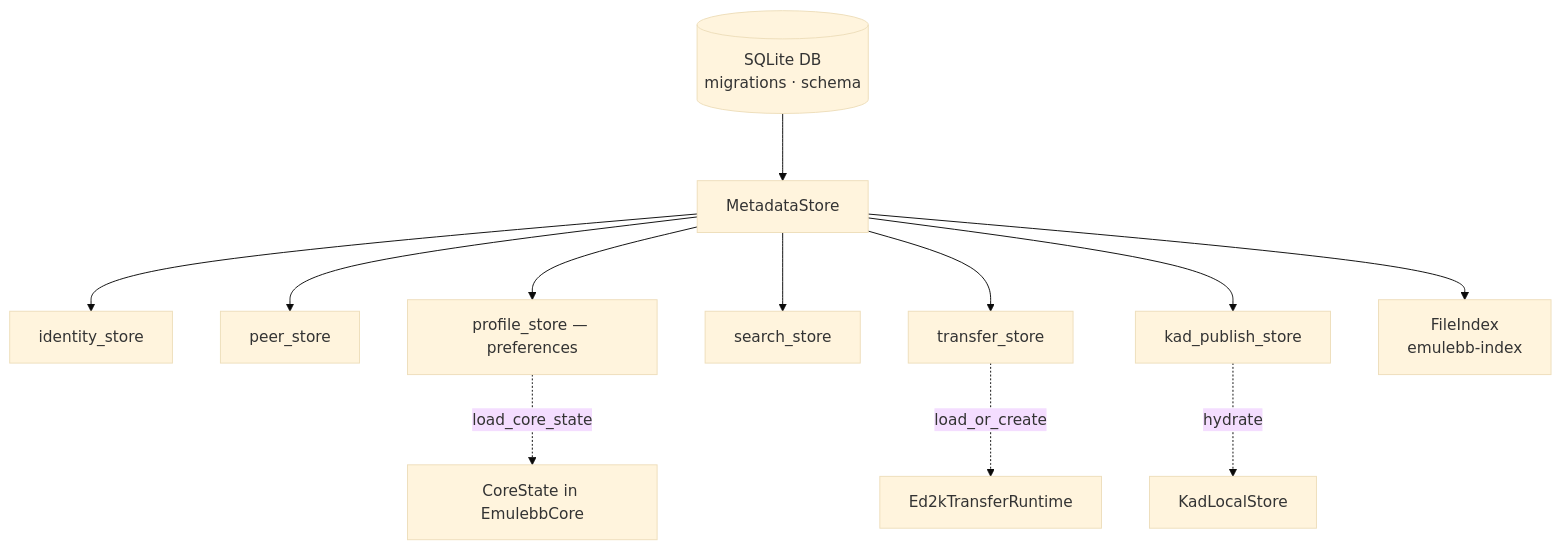
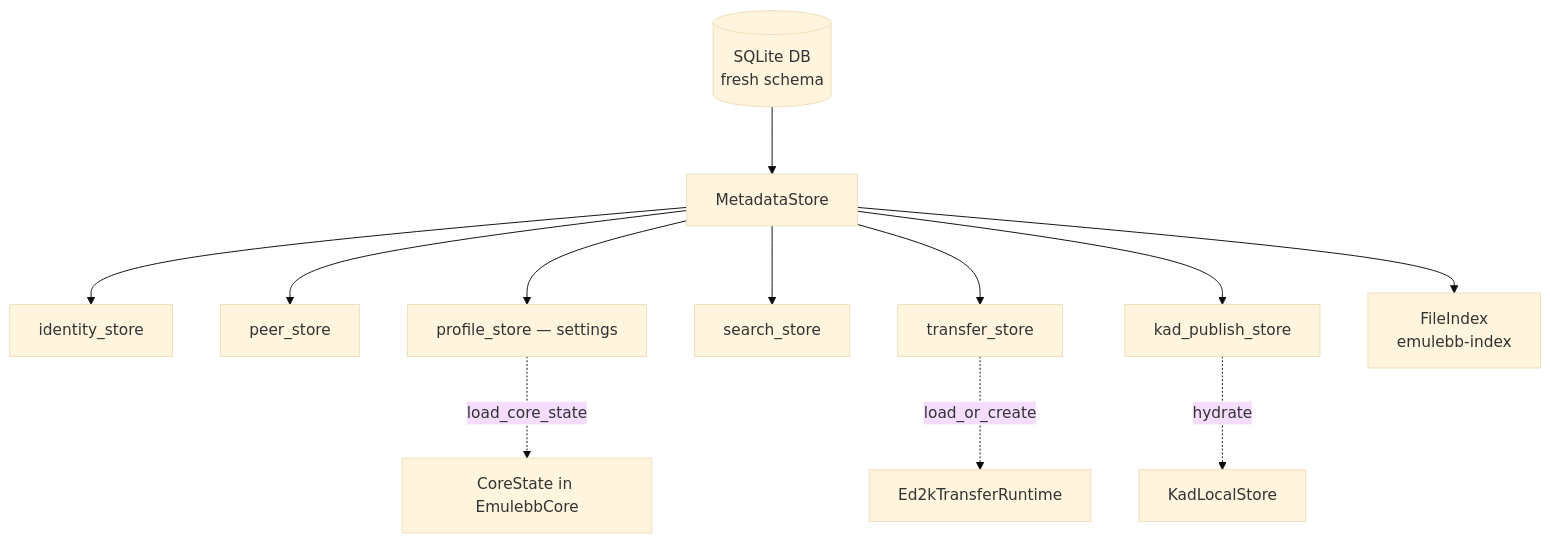
The fifth of 5 diagrams in docs/products/emulebb-rust/design/architecture.md (emulebb/emulebb-tooling), drawn with Mermaid (base theme) before and after one commit. The commit also changed other lines of this file and 4 other files, not shown here.

````diff
--- a/docs/products/emulebb-rust/design/architecture.md
+++ b/docs/products/emulebb-rust/design/architecture.md
@@ -265,16 +265,16 @@
 ```mermaid
 %%{init: {'flowchart': {'nodeSpacing': 50, 'rankSpacing': 70}}}%%
 graph TD
-    db[(SQLite DB<br/>migrations · schema)] --> store[MetadataStore]
+    db[(SQLite DB<br/>fresh schema)] --> store[MetadataStore]
     store --> id[identity_store]
     store --> peer[peer_store]
-    store --> prof[profile_store — preferences]
+    store --> prof[profile_store — settings]
     store --> srch[search_store]
     store --> xfer[transfer_store]
     store --> kpub[kad_publish_store]
 
     store --> fileidx[FileIndex<br/>emulebb-index]
     prof -.->|load_core_state| corestate[CoreState in EmulebbCore]
     xfer -.->|load_or_create| trt[Ed2kTransferRuntime]
     kpub -.->|hydrate| kls[KadLocalStore]
 ```
````
